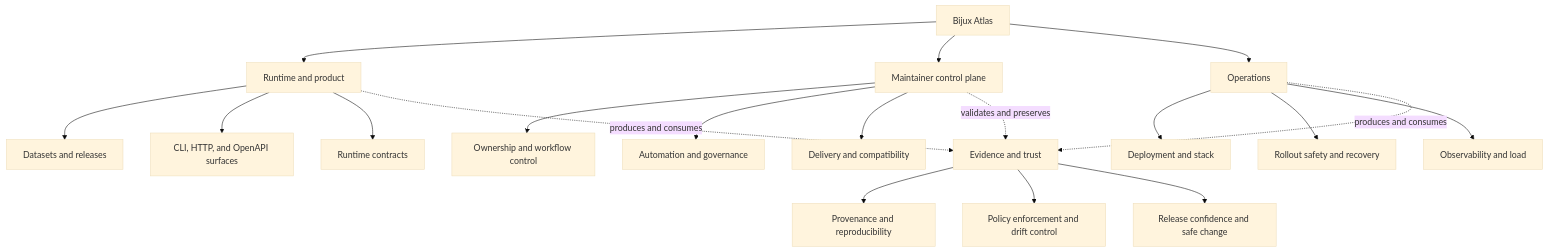
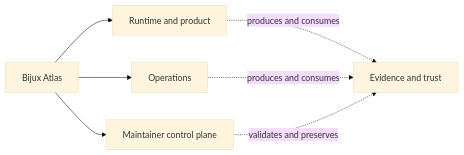
The third of 4 diagrams in docs/index.md (bijux/bijux-atlas), drawn with Mermaid (base theme) before and after one commit. The commit also changed other lines of this file, not shown here.

Commit message:
docs(entrypoints): compress the trust ownership map

````diff
--- a/docs/index.md
+++ b/docs/index.md
@@ -163,29 +163,11 @@
 ```mermaid
-flowchart TB
+flowchart LR
     atlas[Bijux Atlas]
-
     atlas --> runtime[Runtime and product]
     atlas --> maintainer[Maintainer control plane]
     atlas --> ops[Operations]
     trust[Evidence and trust]
-
-    runtime --> runtime_a[Datasets and releases]
-    runtime --> runtime_b[CLI, HTTP, and OpenAPI surfaces]
-    runtime --> runtime_c[Runtime contracts]
-
-    maintainer --> maintainer_a[Ownership and workflow control]
-    maintainer --> maintainer_b[Automation and governance]
-    maintainer --> maintainer_c[Delivery and compatibility]
-
-    ops --> ops_a[Deployment and stack]
-    ops --> ops_b[Rollout safety and recovery]
-    ops --> ops_c[Observability and load]
-
     runtime -. produces and consumes .-> trust
     ops -. produces and consumes .-> trust
     maintainer -. validates and preserves .-> trust
-
-    trust --> trust_a[Provenance and reproducibility]
-    trust --> trust_b[Policy enforcement and drift control]
-    trust --> trust_c[Release confidence and safe change]
 ```
````
